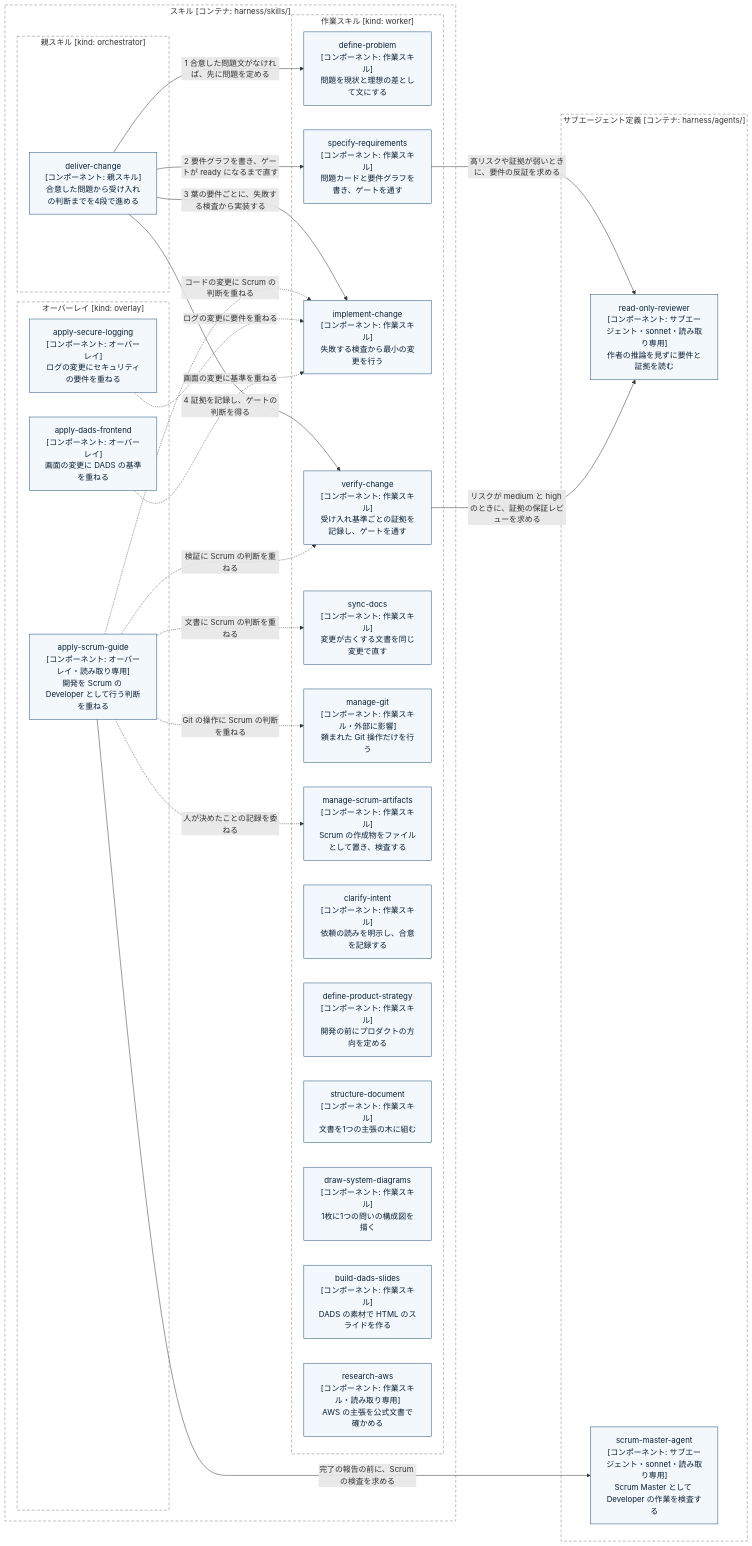
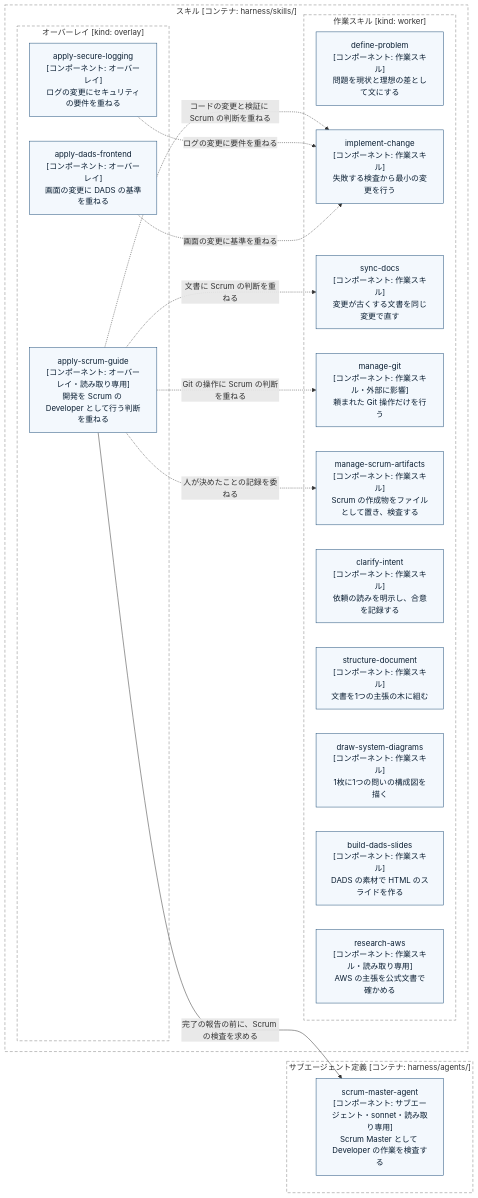
One commit to superluminal-jp/my-claude-code changed the diagram in docs/harness/skill-map/04-components-relations.md. Above: the diagram before and after it, drawn with Mermaid. The commit also changed other lines of this file and 6 other files, not shown here.

First line of the commit message:
docs: 設計文書、構成図、持ち出し用プロンプトを ADR-0029 の状態に合わせる

````diff
--- a/docs/harness/skill-map/04-components-relations.md
+++ b/docs/harness/skill-map/04-components-relations.md
@@ -11,54 +12,39 @@
 ```mermaid
 flowchart LR
   accTitle: コンポーネント図: 木の外の関係
-  accDescr: 親スキル deliver-change は4つの子スキルを順に適用する。オーバーレイ3つは作業スキルに判断基準を重ねる。specify-requirements と verify-change は read-only-reviewer を、apply-scrum-guide は scrum-master-agent を起動させる。ほかの作業スキルは単独で使う。
+  accDescr: オーバーレイ3つは作業スキルに判断基準を重ねる。apply-scrum-guide は scrum-master-agent を起動させ、人が決めたことの記録を manage-scrum-artifacts に委ねる。ほかの作業スキルは単独で使う。
   subgraph skills["スキル [コンテナ: harness/skills/]"]
-    subgraph kind_orch["親スキル [kind: orchestrator]"]
-      deliver_change["deliver-change<br/>[コンポーネント: 親スキル]<br/>合意した問題から受け入れの判断までを4段で進める"]:::component
-    end
     subgraph kind_overlay["オーバーレイ [kind: overlay]"]
       apply_scrum_guide["apply-scrum-guide<br/>[コンポーネント: オーバーレイ・読み取り専用]<br/>開発を Scrum の Developer として行う判断を重ねる"]:::component
       apply_secure_logging["apply-secure-logging<br/>[コンポーネント: オーバーレイ]<br/>ログの変更にセキュリティの要件を重ねる"]:::component
       apply_dads_frontend["apply-dads-frontend<br/>[コンポーネント: オーバーレイ]<br/>画面の変更に DADS の基準を重ねる"]:::component
     end
     subgraph kind_worker["作業スキル [kind: worker]"]
       define_problem["define-problem<br/>[コンポーネント: 作業スキル]<br/>問題を現状と理想の差として文にする"]:::component
-      specify_requirements["specify-requirements<br/>[コンポーネント: 作業スキル]<br/>問題カードと要件グラフを書き、ゲートを通す"]:::component
       implement_change["implement-change<br/>[コンポーネント: 作業スキル]<br/>失敗する検査から最小の変更を行う"]:::component
-      verify_change["verify-change<br/>[コンポーネント: 作業スキル]<br/>受け入れ基準ごとの証拠を記録し、ゲートを通す"]:::component
       sync_docs["sync-docs<br/>[コンポーネント: 作業スキル]<br/>変更が古くする文書を同じ変更で直す"]:::component
       manage_git["manage-git<br/>[コンポーネント: 作業スキル・外部に影響]<br/>頼まれた Git 操作だけを行う"]:::component
       manage_scrum_artifacts["manage-scrum-artifacts<br/>[コンポーネント: 作業スキル]<br/>Scrum の作成物をファイルとして置き、検査する"]:::component
       clarify_intent["clarify-intent<br/>[コンポーネント: 作業スキル]<br/>依頼の読みを明示し、合意を記録する"]:::component
-      define_product_strategy["define-product-strategy<br/>[コンポーネント: 作業スキル]<br/>開発の前にプロダクトの方向を定める"]:::component
       structure_document["structure-document<br/>[コンポーネント: 作業スキル]<br/>文書を1つの主張の木に組む"]:::component
       draw_system_diagrams["draw-system-diagrams<br/>[コンポーネント: 作業スキル]<br/>1枚に1つの問いの構成図を描く"]:::component
       build_dads_slides["build-dads-slides<br/>[コンポーネント: 作業スキル]<br/>DADS の素材で HTML のスライドを作る"]:::component
       research_aws["research-aws<br/>[コンポーネント: 作業スキル・読み取り専用]<br/>AWS の主張を公式文書で確かめる"]:::component
     end
   end
   subgraph agents["サブエージェント定義 [コンテナ: harness/agents/]"]
-    read_only_reviewer["read-only-reviewer<br/>[コンポーネント: サブエージェント・sonnet・読み取り専用]<br/>作者の推論を見ずに要件と証拠を読む"]:::component
     scrum_master_agent["scrum-master-agent<br/>[コンポーネント: サブエージェント・sonnet・読み取り専用]<br/>Scrum Master として Developer の作業を検査する"]:::component
   end
-  deliver_change -->|"1 合意した問題文がなければ、先に問題を定める"| define_problem
-  deliver_change -->|"2 要件グラフを書き、ゲートが ready になるまで直す"| specify_requirements
-  deliver_change -->|"3 葉の要件ごとに、失敗する検査から実装する"| implement_change
-  deliver_change -->|"4 証拠を記録し、ゲートの判断を得る"| verify_change
-  specify_requirements -->|"高リスクや証拠が弱いときに、要件の反証を求める"| read_only_reviewer
-  verify_change -->|"リスクが medium と high のときに、証拠の保証レビューを求める"| read_only_reviewer
   apply_scrum_guide -->|"完了の報告の前に、Scrum の検査を求める"| scrum_master_agent
-  apply_scrum_guide -.->|"コードの変更に Scrum の判断を重ねる"| implement_change
-  apply_scrum_guide -.->|"検証に Scrum の判断を重ねる"| verify_change
+  apply_scrum_guide -.->|"コードの変更と検証に Scrum の判断を重ねる"| implement_change
   apply_scrum_guide -.->|"文書に Scrum の判断を重ねる"| sync_docs
   apply_scrum_guide -.->|"Git の操作に Scrum の判断を重ねる"| manage_git
   apply_scrum_guide -.->|"人が決めたことの記録を委ねる"| manage_scrum_artifacts
   apply_secure_logging -.->|"ログの変更に要件を重ねる"| implement_change
   apply_dads_frontend -.->|"画面の変更に基準を重ねる"| implement_change
   style skills fill:none,stroke:#808080,stroke-dasharray:6 4
-  style kind_orch fill:none,stroke:#808080,stroke-dasharray:6 4
   style kind_overlay fill:none,stroke:#808080,stroke-dasharray:6 4
   style kind_worker fill:none,stroke:#808080,stroke-dasharray:6 4
   style agents fill:none,stroke:#808080,stroke-dasharray:6 4
   classDef component fill:#F3F8FD,stroke:#1F4E79,color:#0B1F33
 ```
````
